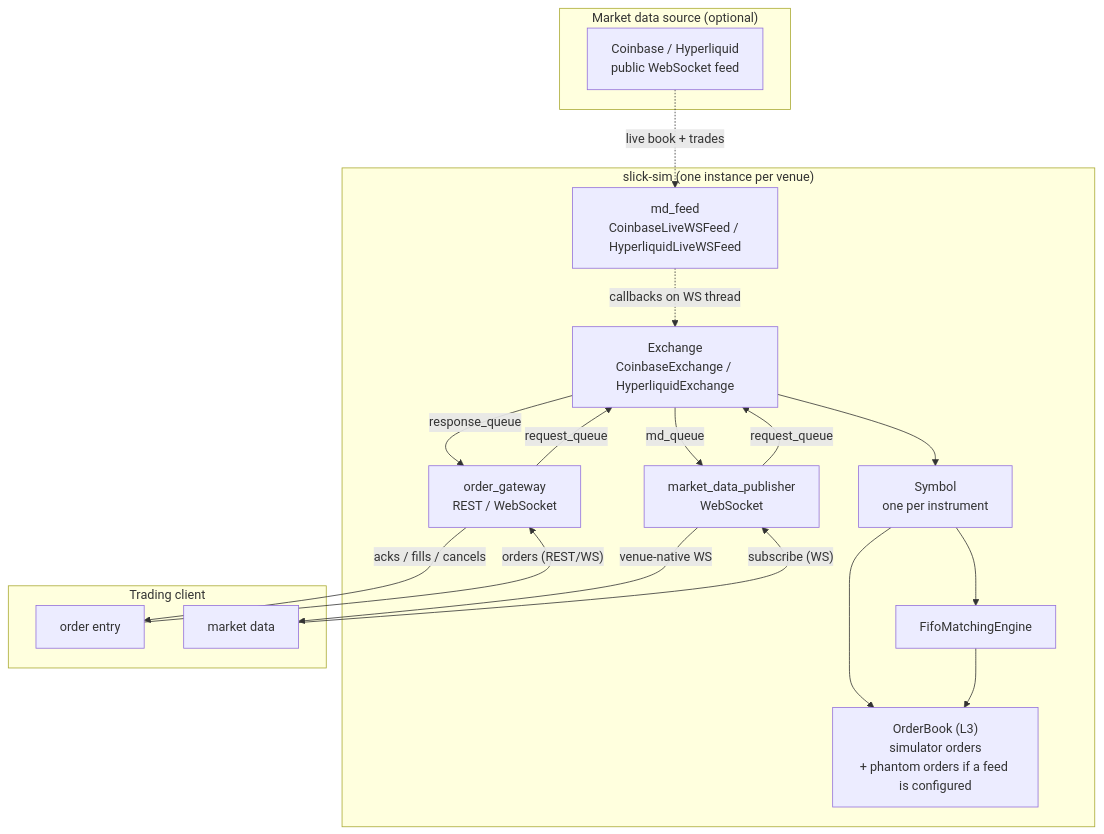
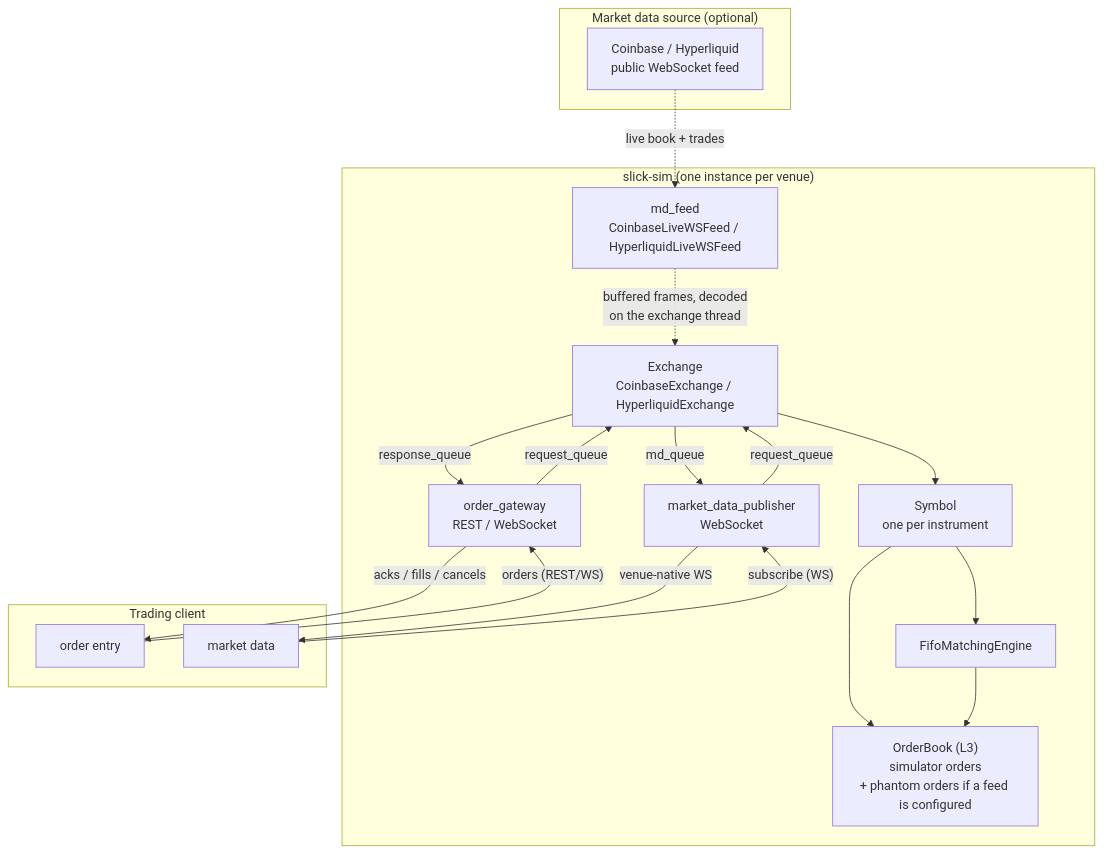
The first of 2 diagrams in docs/architecture.md (SlickQuant/slick-sim), drawn with Mermaid before and after one commit. The commit also changed other lines of this file and 2 other files, not shown here.

Commit message:
docs: Update architecture and extending documentation for user-thread dispatch and thread safety in venue SDKs

````diff
--- a/docs/architecture.md
+++ b/docs/architecture.md
@@ -82,38 +82,38 @@
 ```mermaid
 flowchart TB
     subgraph upstream["Market data source (optional)"]
         RE["Coinbase / Hyperliquid<br/>public WebSocket feed"]
     end
 
     subgraph sim["slick-sim (one instance per venue)"]
         FEED["md_feed<br/>CoinbaseLiveWSFeed / HyperliquidLiveWSFeed"]
         EX["Exchange<br/>CoinbaseExchange / HyperliquidExchange"]
         SYM["Symbol<br/>one per instrument"]
         BOOK["OrderBook (L3)<br/>simulator orders<br/>+ phantom orders if a feed is configured"]
         ME["FifoMatchingEngine"]
         OG["order_gateway<br/>REST / WebSocket"]
         MDP["market_data_publisher<br/>WebSocket"]
     end
 
     subgraph client["Trading client"]
         CO["order entry"]
         CM["market data"]
     end
 
     RE -.->|"live book + trades"| FEED
-    FEED -.->|"callbacks on WS thread"| EX
+    FEED -.->|"buffered frames, decoded<br/>on the exchange thread"| EX
     EX --> SYM
     SYM --> BOOK
     SYM --> ME
     ME --> BOOK
 
     CO -->|"orders (REST/WS)"| OG
     OG -->|"request_queue"| EX
     EX -->|"response_queue"| OG
     OG -->|"acks / fills / cancels"| CO
 
     CM -->|"subscribe (WS)"| MDP
     MDP -->|"request_queue"| EX
     EX -->|"md_queue"| MDP
     MDP -->|"venue-native WS"| CM
 ```
````
